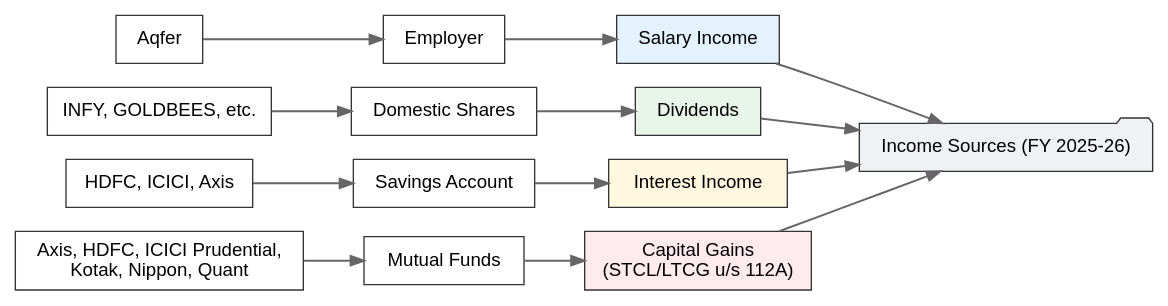
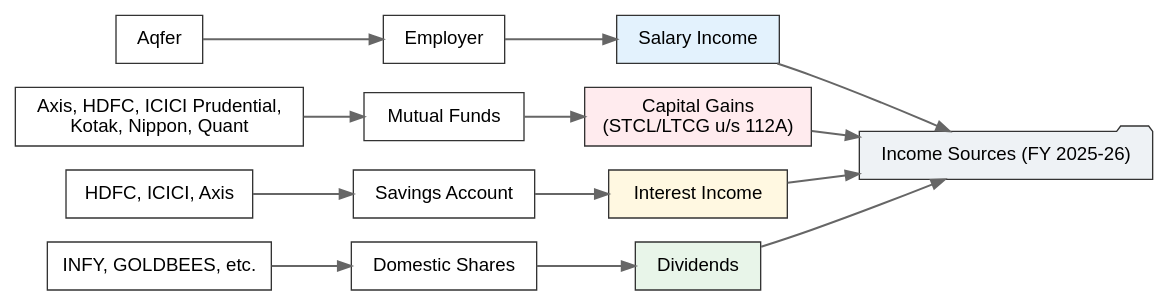
The first of 3 diagrams in content/building-wealth/blogs/2026/journey-of-filing-income-tax.md (sakthipriyan/sakthipriyan.github.io), drawn with Graphviz before and after one commit. The commit also changed other lines of this file, not shown here.

Commit message:
Reorder Income Sources in diagram

````diff
--- a/content/building-wealth/blogs/2026/journey-of-filing-income-tax.md
+++ b/content/building-wealth/blogs/2026/journey-of-filing-income-tax.md
@@ -56,41 +56,45 @@
 ```dot
 digraph IncomeTree {
   rankdir=LR;
   node [shape=box, style=filled, fillcolor="#ffffff", fontname="sans-serif", color="#333333", margin="0.2,0.1"];
   edge [color="#666666", penwidth=1.5];
   
   Income [label="Income Sources (FY 2025-26)", shape=folder, fillcolor="#eef2f5"];
   
   Salary [label="Salary Income", fillcolor="#e3f2fd"];
   Employer [label="Employer"];
   Aqfer [label="Aqfer"];
   
-  Dividends [label="Dividends", fillcolor="#e8f5e9"];
-  DomesticShares [label="Domestic Shares"];
-  ICICIDirect [label="INFY, GOLDBEES, etc."];
+  CapitalGains [label="Capital Gains\n(STCL/LTCG u/s 112A)", fillcolor="#ffebee"];
+  MutualFunds [label="Mutual Funds"];
+  AMCs [label="Axis, HDFC, ICICI Prudential,\nKotak, Nippon, Quant"];
   
   Interest [label="Interest Income", fillcolor="#fff8e1"];
   SavingsAccount [label="Savings Account"];
   Banks [label="HDFC, ICICI, Axis"];
   
-  CapitalGains [label="Capital Gains\n(STCL/LTCG u/s 112A)", fillcolor="#ffebee"];
-  MutualFunds [label="Mutual Funds"];
-  AMCs [label="Axis, HDFC, ICICI Prudential,\nKotak, Nippon, Quant"];
+  Dividends [label="Dividends", fillcolor="#e8f5e9"];
+  DomesticShares [label="Domestic Shares"];
+  ICICIDirect [label="INFY, GOLDBEES, etc."];
   
   Salary -> Income;
   Employer -> Salary;
   Aqfer -> Employer;
   
-  Dividends -> Income;
-  DomesticShares -> Dividends;
-  ICICIDirect -> DomesticShares;
+  CapitalGains -> Income;
+  MutualFunds -> CapitalGains;
+  AMCs -> MutualFunds;
   
   Interest -> Income;
   SavingsAccount -> Interest;
   Banks -> SavingsAccount;
   
-  CapitalGains -> Income;
-  MutualFunds -> CapitalGains;
-  AMCs -> MutualFunds;
+  Dividends -> Income;
+  DomesticShares -> Dividends;
+  ICICIDirect -> DomesticShares;
+  
+  // Force vertical ordering
+  { rank=same; Salary; CapitalGains; Interest; Dividends; }
+  Salary -> CapitalGains -> Interest -> Dividends [style=invis];
 }
 ```
````
